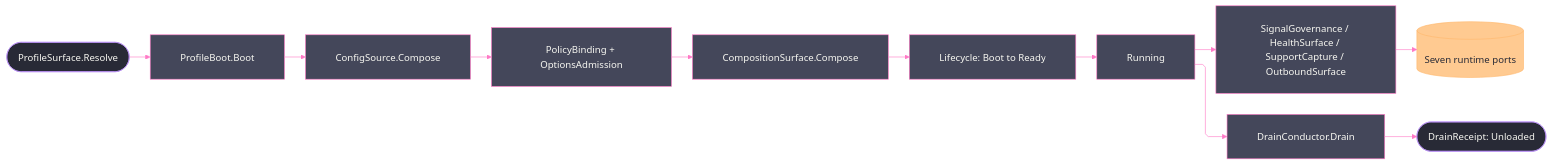
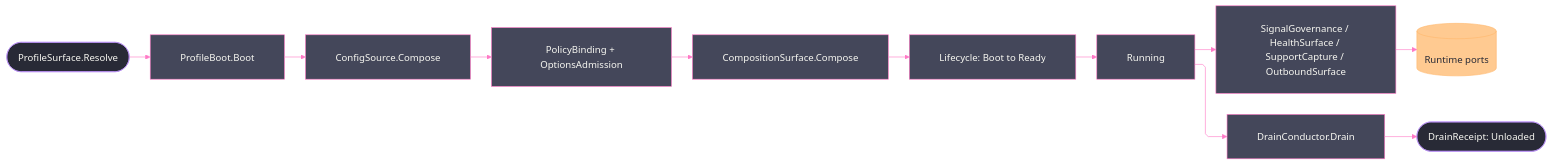
Before and after one commit to bsamiee/Rasm: the third of 3 diagrams in libs/csharp/Rasm.AppHost/ARCHITECTURE.md, drawn with Mermaid. The commit also changed other lines of this file and 441 other files, not shown here.

````diff
--- a/libs/csharp/Rasm.AppHost/ARCHITECTURE.md
+++ b/libs/csharp/Rasm.AppHost/ARCHITECTURE.md
@@ -187,44 +187,44 @@
 ```mermaid
 ---
 config:
   theme: base
   look: classic
   layout: elk
   flowchart:
     curve: linear
     padding: 25
   themeVariables:
     darkMode: true
     fontFamily: "SF Mono, Menlo, Cascadia Mono, Segoe UI Mono, Consolas, monospace"
     useGradient: false
     dropShadow: "none"
     background: "#282A36"
     primaryColor: "#44475A"
     primaryTextColor: "#F8F8F2"
     primaryBorderColor: "#BD93F9"
     lineColor: "#FF79C6"
     textColor: "#F8F8F2"
     edgeLabelBackground: "#21222C"
     labelBackgroundColor: "#21222C"
   themeCSS: ".nodeLabel{font-size:13px;font-weight:500}.edgeLabel{font-size:12px;font-weight:500}.cluster-label .nodeLabel{font-size:13.5px;font-weight:700;letter-spacing:.08em}.edge-thickness-normal{stroke-width:2px}.edge-thickness-thick{stroke-width:3px}.edge-pattern-dashed,.edge-pattern-dotted{stroke-width:1.5px;stroke-dasharray:4 6}.node rect,.node circle,.node polygon,.node path,.node .outer-path{stroke-width:1.5px;filter:none!important}.cluster rect{stroke-width:1px!important;stroke-dasharray:5 4!important;filter:none!important}.marker path{transform:scale(.8);transform-origin:5px 5px}.marker circle{transform:scale(.48);transform-origin:5px 5px}.edgeLabel rect{transform-box:fill-box;transform-origin:center;transform:scale(1.1,1.2)}"
 ---
 flowchart LR
     accTitle: AppHost boot-to-drain spine
-    accDescr: Profile resolution feeds host boot, configuration, composition, and the lifecycle cell; runtime rails surround Running and surface through the seven ports; the drain conductor folds participants into one unload receipt.
+    accDescr: Profile resolution feeds host boot, configuration, composition, and the lifecycle cell; runtime rails surround Running and surface through the runtime ports; the drain conductor folds participants into one unload receipt.
     Resolve(["ProfileSurface.Resolve"]) --> Boot["ProfileBoot.Boot"]
     Boot --> Compose["ConfigSource.Compose"]
     Compose --> Admit["PolicyBinding + OptionsAdmission"]
     Admit --> Fold["CompositionSurface.Compose"]
     Fold --> Ready["Lifecycle: Boot to Ready"]
     Ready --> Running["Running"]
     Running --> Rails["SignalGovernance / HealthSurface / SupportCapture / OutboundSurface"]
-    Rails --> Ports[("Seven runtime ports")]
+    Rails --> Ports[("Runtime ports")]
     Running --> Drain["DrainConductor.Drain"]
     Drain --> Unloaded(["DrainReceipt: Unloaded"])
     classDef boundary fill:#282A36,stroke:#BD93F9,color:#F8F8F2
     classDef primary fill:#44475A,stroke:#FF79C6,color:#F8F8F2
     classDef data fill:#FFB86CBF,stroke:#FFB86C,color:#282A36
     class Resolve,Unloaded boundary
     class Boot,Compose,Admit,Fold,Ready,Running,Rails,Drain primary
     class Ports data
 ```
````
